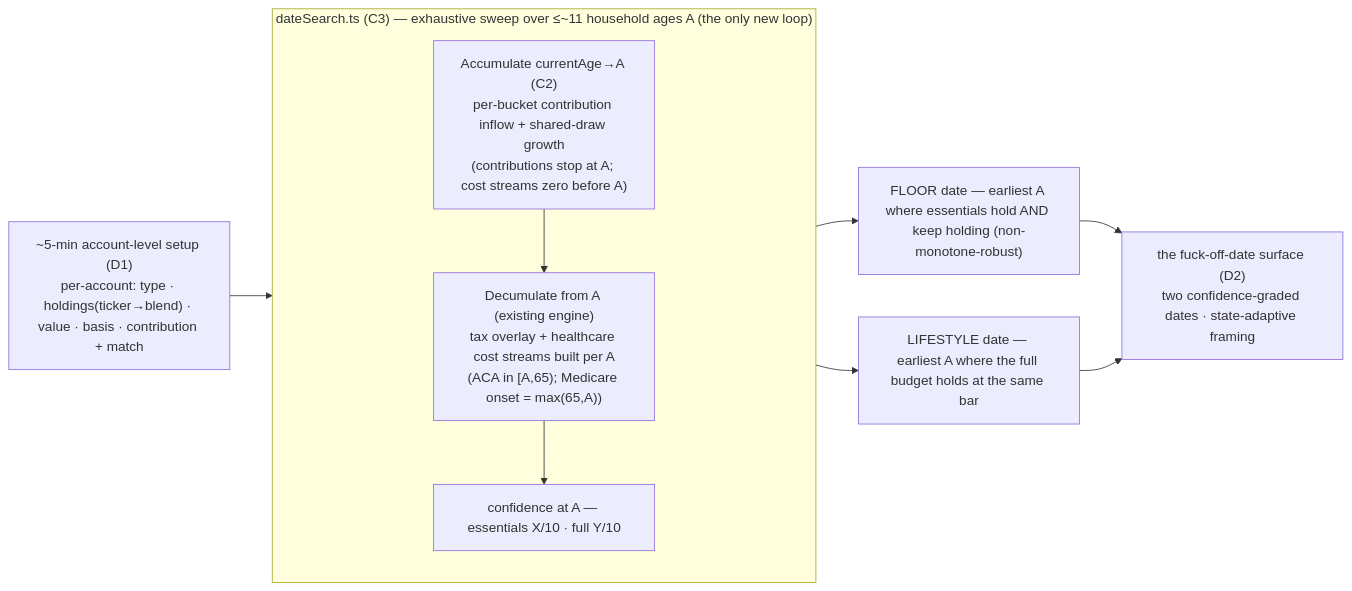
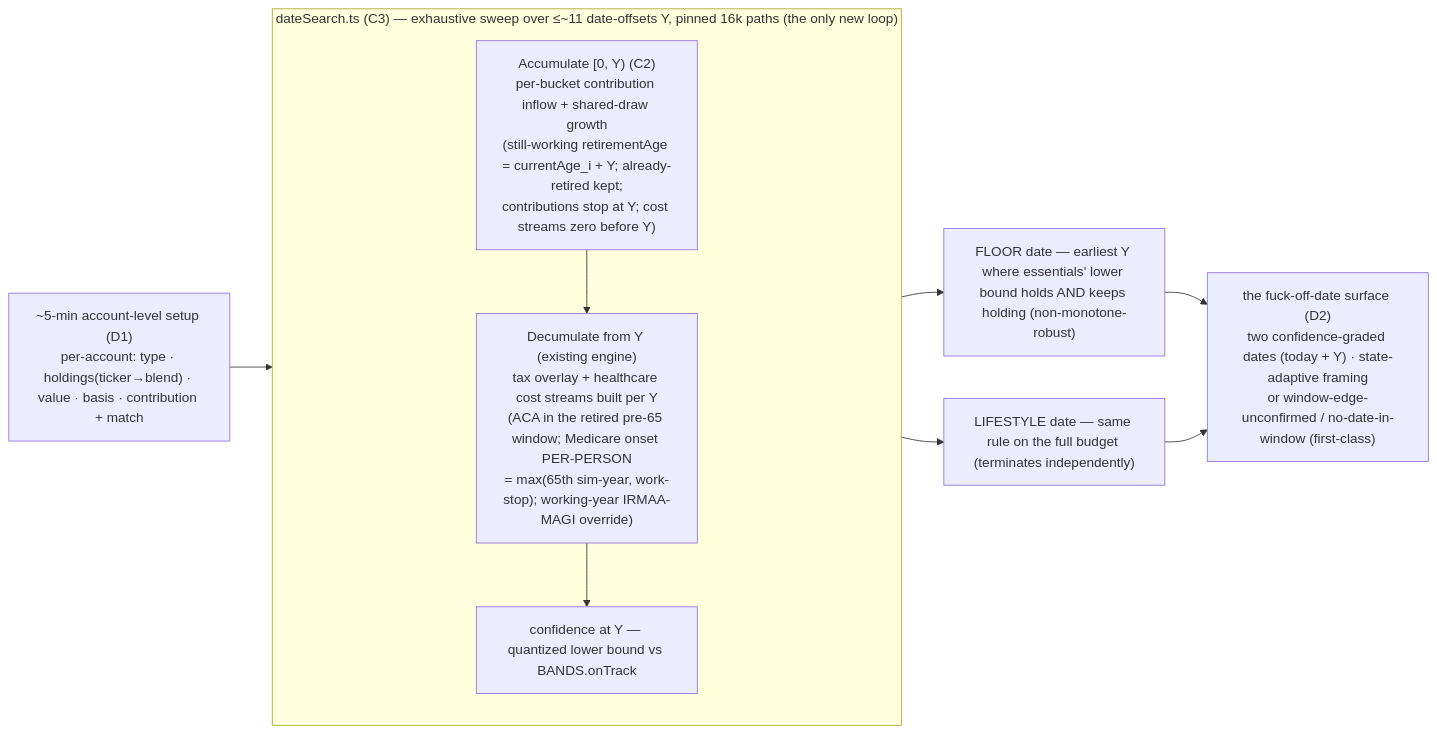
The first of 2 diagrams in projects/the-back-nine/docs/plans/2026-06-08-001-feat-fuck-off-date-accumulation-plan.md (mbriggsy/ai-learning-journey), drawn with Mermaid before and after one commit. The commit also changed other lines of this file, not shown here.

````diff
--- a/projects/the-back-nine/docs/plans/2026-06-08-001-feat-fuck-off-date-accumulation-plan.md
+++ b/projects/the-back-nine/docs/plans/2026-06-08-001-feat-fuck-off-date-accumulation-plan.md
@@ -166,15 +153,15 @@
 ```mermaid
 flowchart LR
     SETUP["~5-min account-level setup (D1)<br/>per-account: type · holdings(ticker→blend) · value · basis · contribution + match"] --> SEARCH
 
-    subgraph SEARCH["dateSearch.ts (C3) — exhaustive sweep over ≤~11 household ages A (the only new loop)"]
+    subgraph SEARCH["dateSearch.ts (C3) — exhaustive sweep over ≤~11 date-offsets Y, pinned 16k paths (the only new loop)"]
       direction TB
-      ACC["Accumulate currentAge→A (C2)<br/>per-bucket contribution inflow + shared-draw growth<br/>(contributions stop at A; cost streams zero before A)"] --> DEC["Decumulate from A (existing engine)<br/>tax overlay + healthcare cost streams built per A<br/>(ACA in [A,65); Medicare onset = max(65,A))"]
-      DEC --> CONF["confidence at A — essentials X/10 · full Y/10"]
+      ACC["Accumulate [0, Y) (C2)<br/>per-bucket contribution inflow + shared-draw growth<br/>(still-working retirementAge = currentAge_i + Y; already-retired kept;<br/>contributions stop at Y; cost streams zero before Y)"] --> DEC["Decumulate from Y (existing engine)<br/>tax overlay + healthcare cost streams built per Y<br/>(ACA in the retired pre-65 window; Medicare onset PER-PERSON<br/>= max(65th sim-year, work-stop); working-year IRMAA-MAGI override)"]
+      DEC --> CONF["confidence at Y — quantized lower bound vs BANDS.onTrack"]
     end
 
-    SEARCH --> F["FLOOR date — earliest A where essentials hold AND keep holding (non-monotone-robust)"]
-    SEARCH --> L["LIFESTYLE date — earliest A where the full budget holds at the same bar"]
-    F --> OUT["the fuck-off-date surface (D2)<br/>two confidence-graded dates · state-adaptive framing"]
+    SEARCH --> F["FLOOR date — earliest Y where essentials' lower bound holds AND keeps holding (non-monotone-robust)"]
+    SEARCH --> L["LIFESTYLE date — same rule on the full budget (terminates independently)"]
+    F --> OUT["the fuck-off-date surface (D2)<br/>two confidence-graded dates (today + Y) · state-adaptive framing<br/>or window-edge-unconfirmed / no-date-in-window (first-class)"]
     L --> OUT
 ```
````
